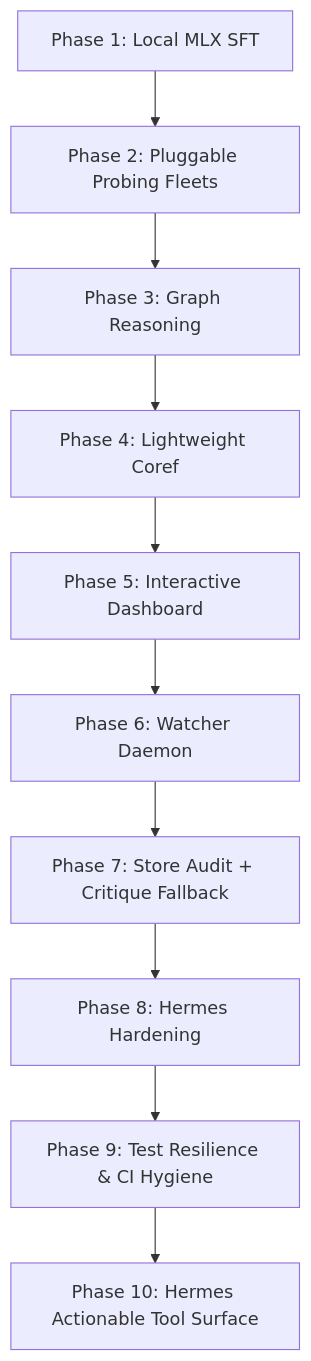
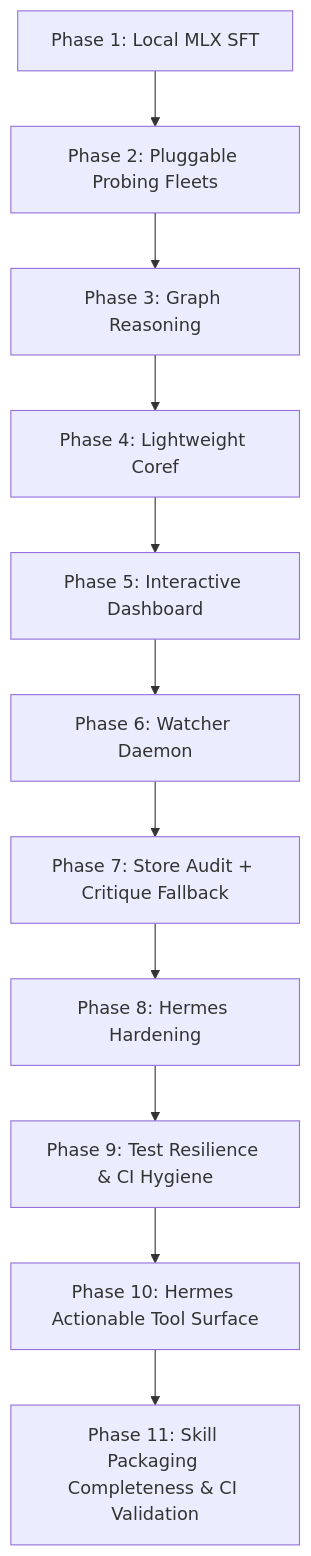
The diagram in IMPROVEMENT_MASTER_PLAN.md (nelslindahlx/knowledge-reduce-core), drawn with Mermaid before and after one commit. The commit also changed other lines of this file, not shown here.

Commit message:
docs: add Phase 11 skill packaging completeness and CI validation

````diff
--- a/IMPROVEMENT_MASTER_PLAN.md
+++ b/IMPROVEMENT_MASTER_PLAN.md
@@ -46,12 +46,13 @@
 ```mermaid
 graph TD
     M1[Phase 1: Local MLX SFT] --> M2[Phase 2: Pluggable Probing Fleets]
     M2 --> M3[Phase 3: Graph Reasoning]
     M3 --> M4[Phase 4: Lightweight Coref]
     M4 --> M5[Phase 5: Interactive Dashboard]
     M5 --> M6[Phase 6: Watcher Daemon]
     M6 --> M7[Phase 7: Store Audit + Critique Fallback]
     M7 --> M8[Phase 8: Hermes Hardening]
     M8 --> M9[Phase 9: Test Resilience & CI Hygiene]
     M9 --> M10[Phase 10: Hermes Actionable Tool Surface]
+    M10 --> M11[Phase 11: Skill Packaging Completeness & CI Validation]
 ```
````
